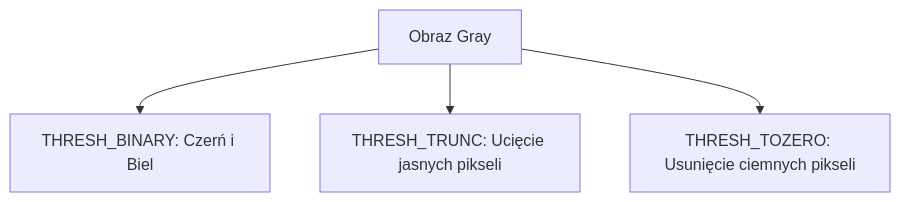
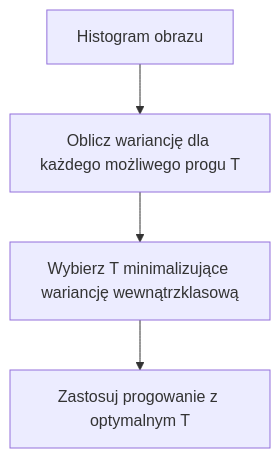
The third of 4 diagrams in lectures/02_thresholding.md (zacniewski/digital-image-processing-exercises), drawn with Mermaid before and after one commit. The commit also changed other lines of this file and 6 other files, not shown here.

````diff
--- a/lectures/02_thresholding.md
+++ b/lectures/02_thresholding.md
@@ -69,6 +108,6 @@
 ```mermaid
 graph TD
-    Start[Obraz Gray] --> Binary[THRESH_BINARY: Czerń i Biel]
-    Start --> Trunc[THRESH_TRUNC: Ucięcie jasnych pikseli]
-    Start --> ToZero[THRESH_TOZERO: Usunięcie ciemnych pikseli]
+    A[Histogram obrazu] --> B[Oblicz wariancję dla każdego możliwego progu T]
+    B --> C[Wybierz T minimalizujące wariancję wewnątrzklasową]
+    C --> D[Zastosuj progowanie z optymalnym T]
 ```
````
